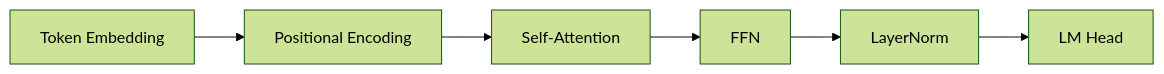
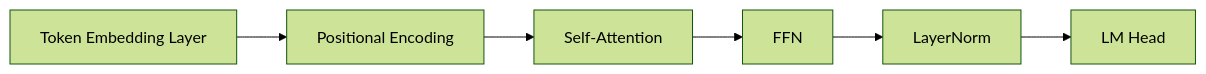
Before and after one commit to ChrisZhu2050/chriszhu2050.github.io: the second of 13 diagrams in index.md, drawn with Mermaid (forest theme).

````diff
--- a/index.md
+++ b/index.md
@@ -45,4 +45,4 @@
   ```mermaid
       graph LR
-          A["`Token Embedding`"] --> B["`Positional Encoding`"] --> C["`Self-Attention`"] --> D["`FFN`"] --> E["`LayerNorm`"] --> F["`LM Head`"]
+          A["`Token Embedding Layer`"] --> B["`Positional Encoding`"] --> C["`Self-Attention`"] --> D["`FFN`"] --> E["`LayerNorm`"] --> F["`LM Head`"]
   ```  
````
